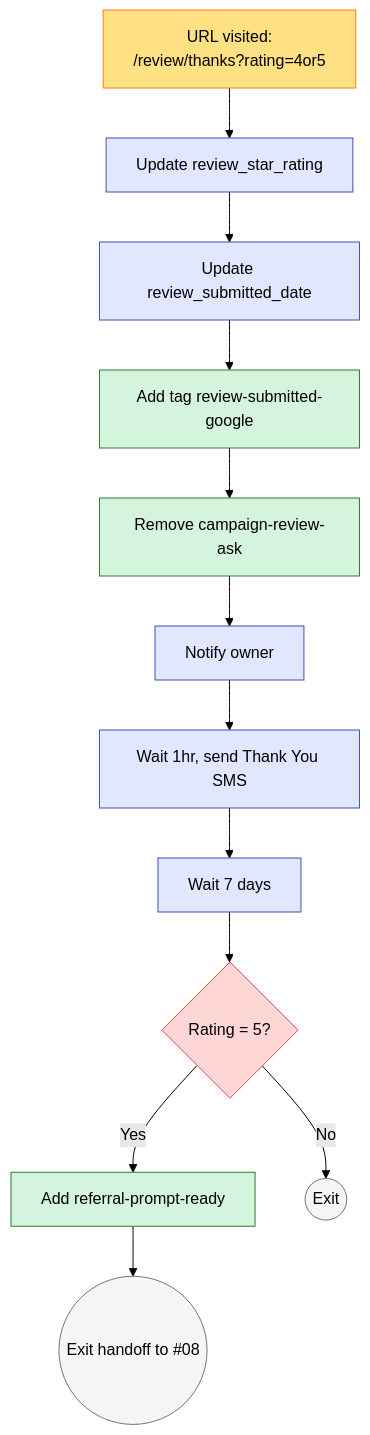
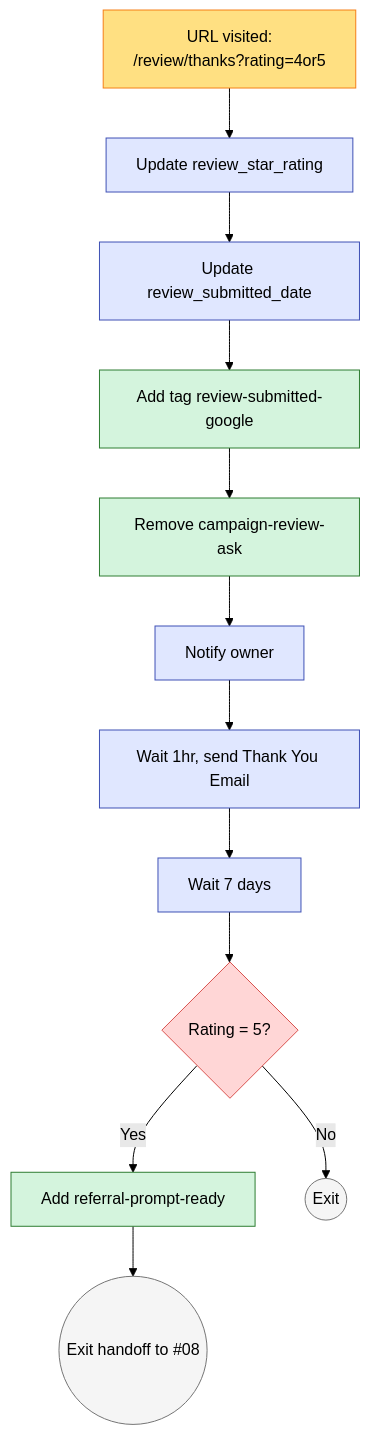
Before and after one commit to safeer-maker/GoHighLevel: the second of 3 diagrams in client-demo/sunrise-wellness-studio/problems/07-reviews-and-reputation/assets/workflow.md, drawn with Mermaid (forest theme). The commit also changed other lines of this file and 50 other files, not shown here.

````diff
--- a/client-demo/sunrise-wellness-studio/problems/07-reviews-and-reputation/assets/workflow.md
+++ b/client-demo/sunrise-wellness-studio/problems/07-reviews-and-reputation/assets/workflow.md
@@ -236,26 +236,26 @@
 ```mermaid
 graph TD
     T[URL visited:<br/>/review/thanks?rating=4or5] --> A1[Update review_star_rating]
     A1 --> A2[Update review_submitted_date]
     A2 --> A3[Add tag review-submitted-google]
     A3 --> A4[Remove campaign-review-ask]
     A4 --> A5[Notify owner]
-    A5 --> A6[Wait 1hr, send Thank You SMS]
+    A5 --> A6[Wait 1hr, send Thank You Email]
     A6 --> A7[Wait 7 days]
     A7 --> A8{Rating = 5?}
     A8 -->|Yes| A9[Add referral-prompt-ready]
     A8 -->|No| Exit1((Exit))
     A9 --> Exit2((Exit handoff to #08))
 
     classDef trigger fill:#FFE082,stroke:#F57F17
     classDef action fill:#E0E7FF,stroke:#3F51B5
     classDef tag fill:#D4F4DD,stroke:#2E7D32
     classDef cond fill:#FFD6D6,stroke:#D9534F
     classDef exit fill:#F5F5F5,stroke:#757575
 
     class T trigger
     class A1,A2,A5,A6,A7 action
     class A3,A4,A9 tag
     class A8 cond
     class Exit1,Exit2 exit
 ```
````
